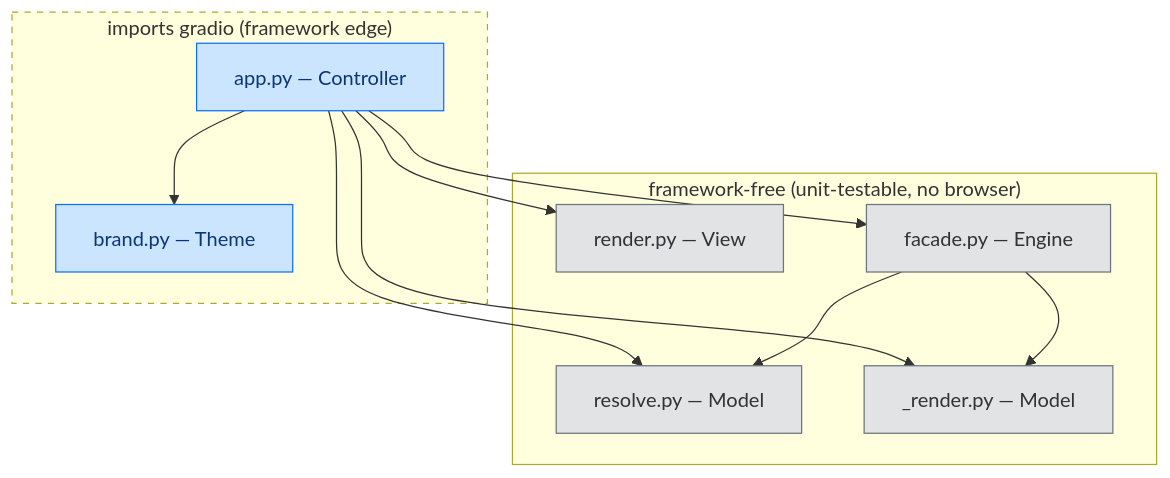
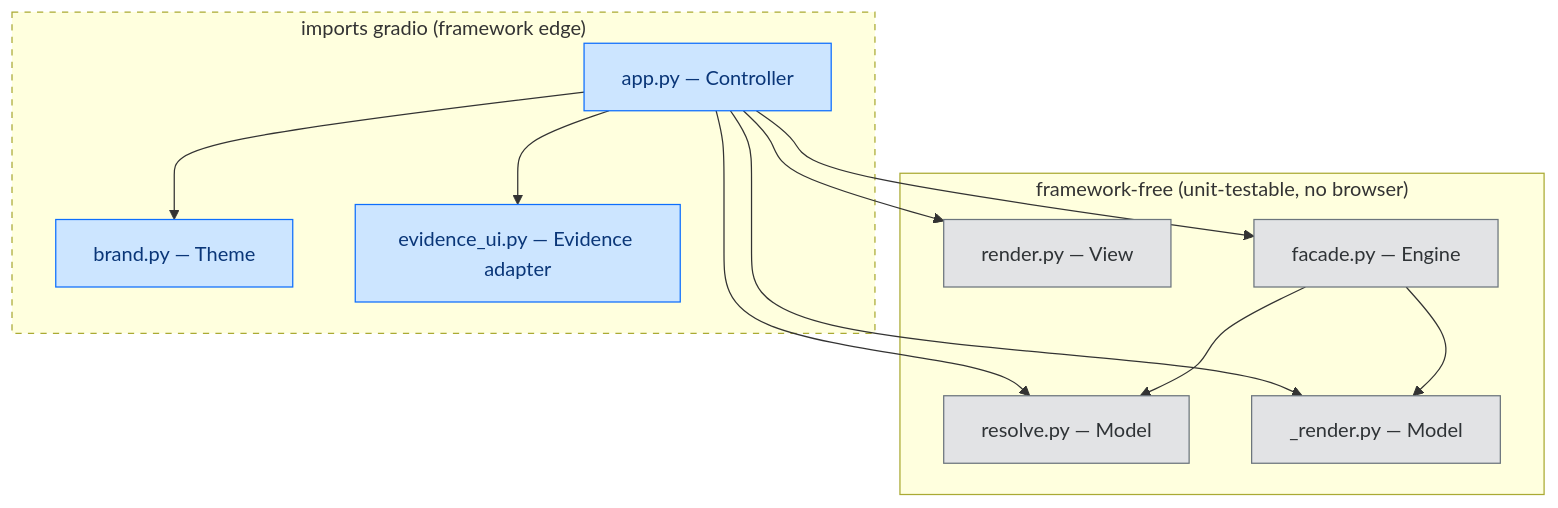
One commit to paul007ex/breachsafe-ux changed the diagram in docs/explanation/the-gradio-shell.md. Above: the diagram before and after it, drawn with Mermaid. The commit also changed 12 other files, not shown here.

````diff
--- a/docs/explanation/the-gradio-shell.md
+++ b/docs/explanation/the-gradio-shell.md
@@ -30,29 +30,31 @@
 ```mermaid
 flowchart TD
     subgraph gradio["imports gradio (framework edge)"]
         app["app.py — Controller"]
         brand["brand.py — Theme"]
+        evidence_ui["evidence_ui.py — Evidence adapter"]
     end
     subgraph free["framework-free (unit-testable, no browser)"]
         resolve["resolve.py — Model"]
         rendermodel["_render.py — Model"]
         view["render.py — View"]
         facade["facade.py — Engine"]
     end
     app --> facade
     app --> view
     app --> resolve
     app --> rendermodel
     app --> brand
+    app --> evidence_ui
     facade --> resolve
     facade --> rendermodel
     style gradio stroke-dasharray: 5 5
     classDef valid       fill:#d4edda,stroke:#28a745,color:#155724;
     classDef invalid     fill:#f8d7da,stroke:#dc3545,color:#721c24;
     classDef unavailable fill:#fff3cd,stroke:#fd7e14,color:#7a4a00;
     classDef process     fill:#cce5ff,stroke:#0d6efd,color:#0a3678;
     classDef artifact    fill:#e2e3e5,stroke:#6c757d,color:#2f3336;
     classDef external    fill:#e7d6ff,stroke:#6f42c1,color:#3d1a78;
-    class app,brand process;
+    class app,brand,evidence_ui process;
     class resolve,rendermodel,view,facade artifact;
 ```
````
